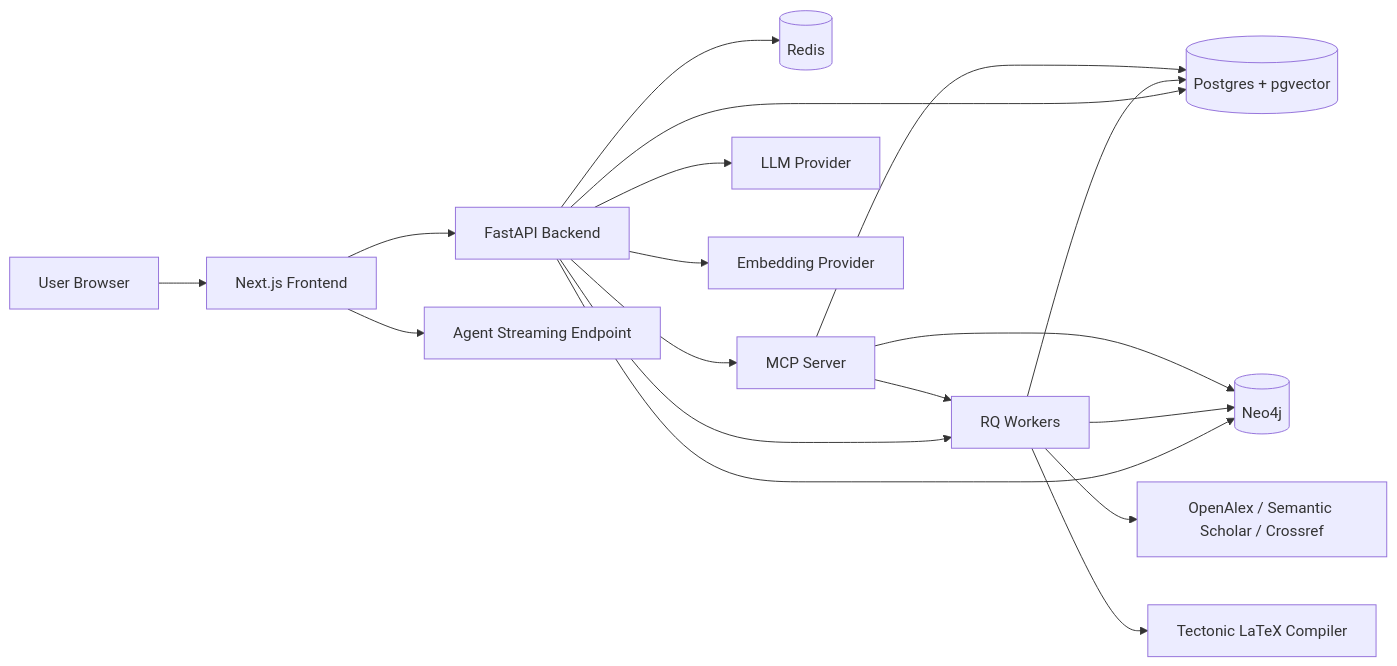
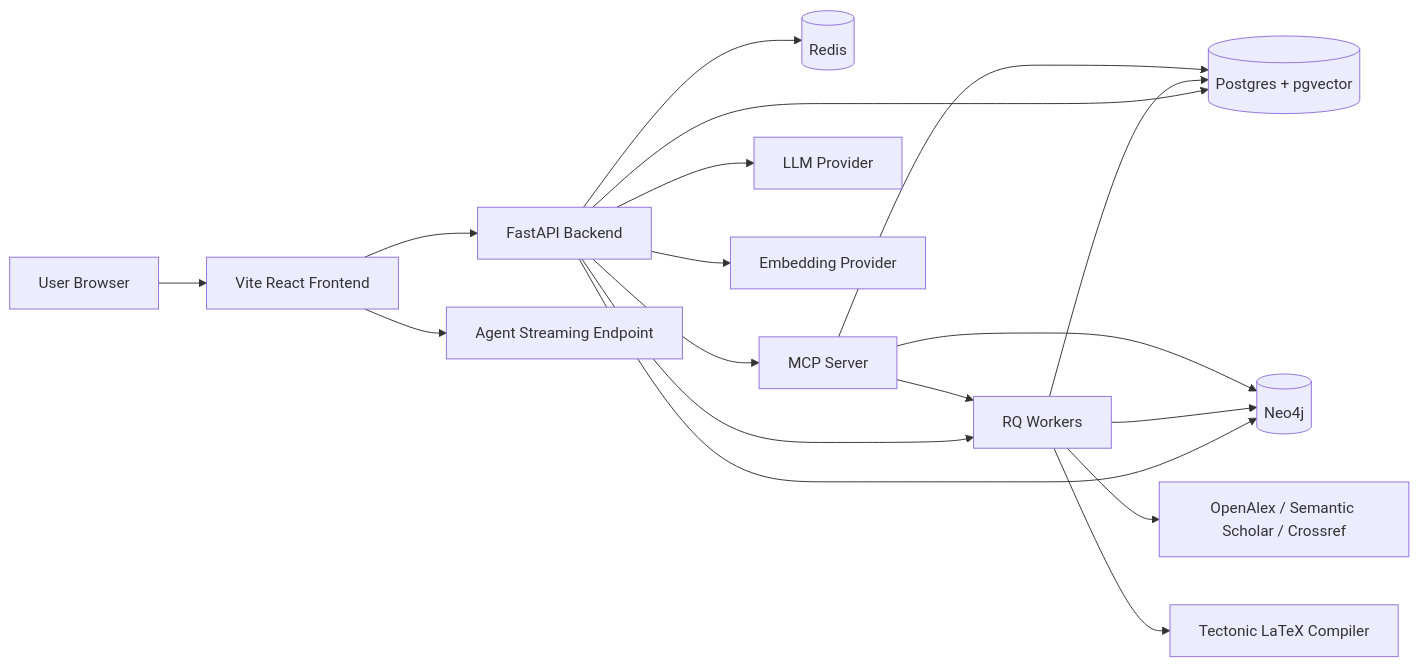
Before and after one commit to akki-g/CitePilot: the first of 3 diagrams in guides/citepilot_architecture.md, drawn with Mermaid. The commit also changed other lines of this file and 43 other files, not shown here.

````diff
--- a/guides/citepilot_architecture.md
+++ b/guides/citepilot_architecture.md
@@ -330,24 +331,24 @@
 ```mermaid
 flowchart LR
-    U[User Browser] --> FE[Next.js Frontend]
+    U[User Browser] --> FE[Vite React Frontend]
     FE --> API[FastAPI Backend]
     FE --> STREAM[Agent Streaming Endpoint]
 
     API --> PG[(Postgres + pgvector)]
     API --> NEO[(Neo4j)]
     API --> REDIS[(Redis)]
     API --> WORKER[RQ Workers]
 
     WORKER --> PG
     WORKER --> NEO
     WORKER --> EXT[OpenAlex / Semantic Scholar / Crossref]
     WORKER --> LATEX[Tectonic LaTeX Compiler]
 
     API --> MCP[MCP Server]
     MCP --> PG
     MCP --> NEO
     MCP --> WORKER
 
     API --> LLM[LLM Provider]
     API --> EMB[Embedding Provider]
 ```
````
